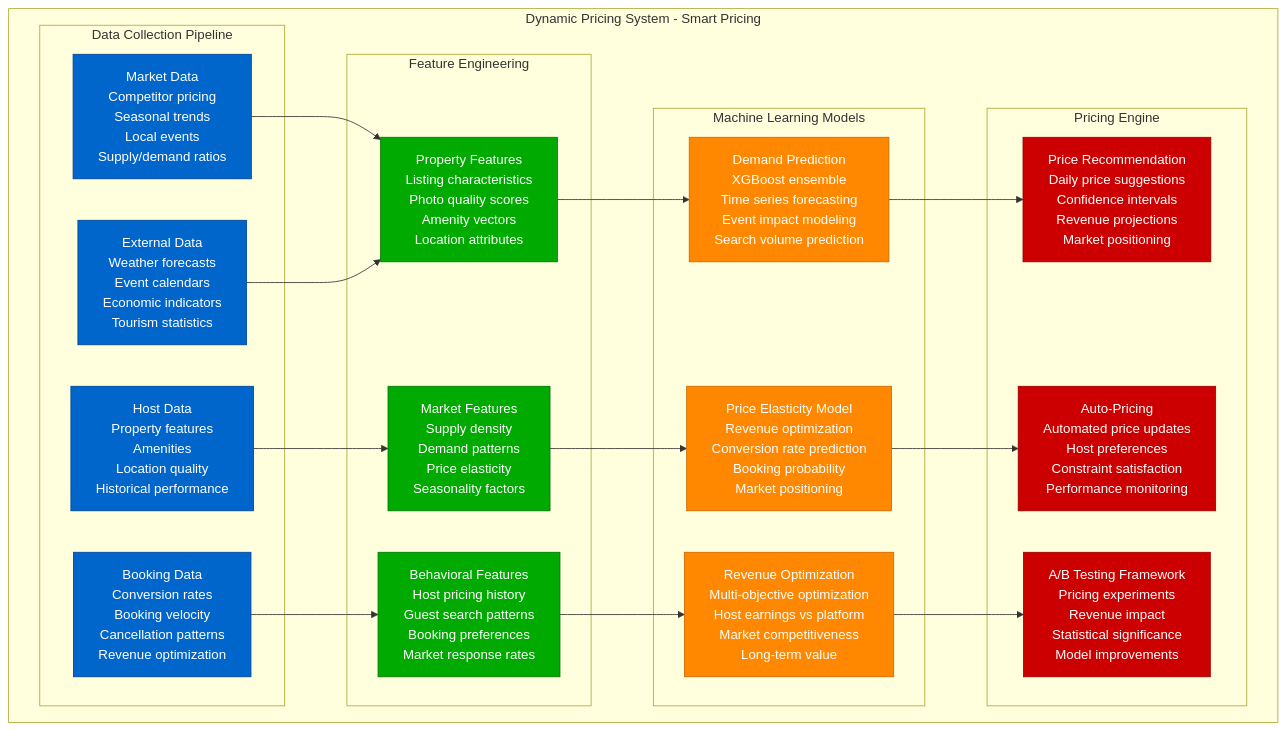
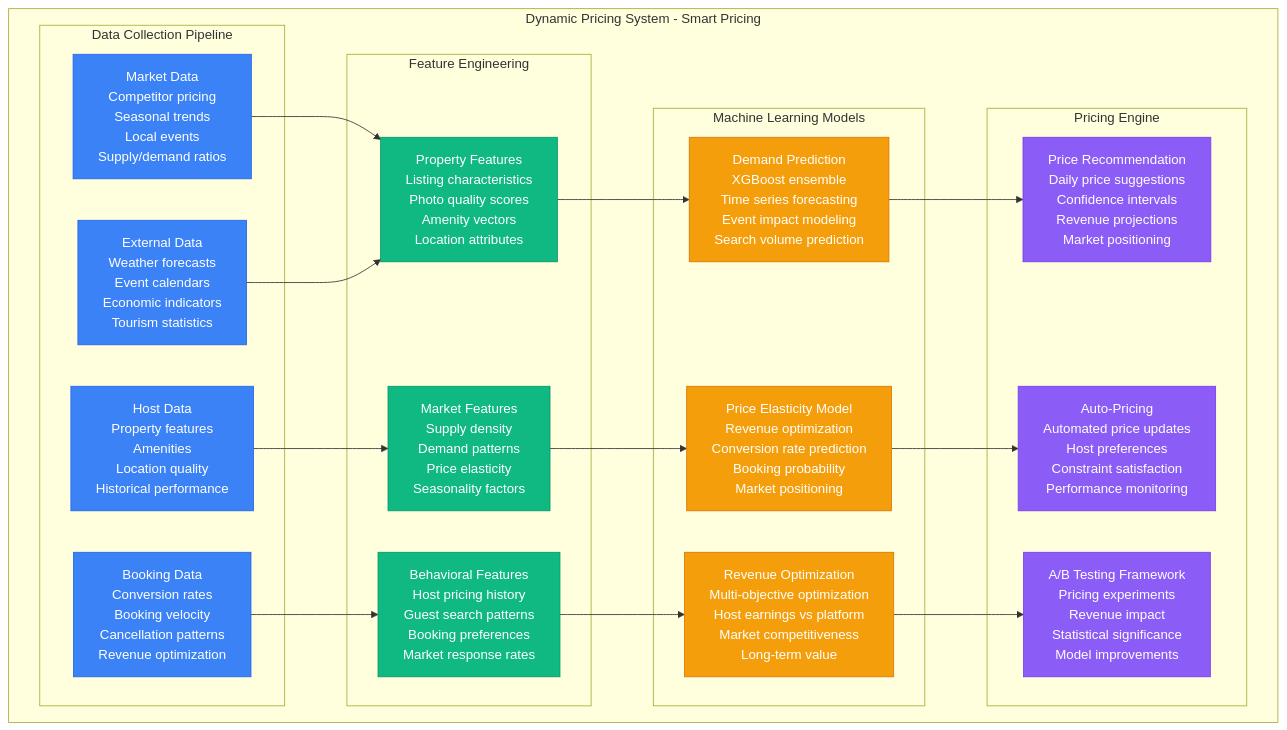
The fourth of 5 diagrams in site/docs/systems/airbnb/novel-solutions.md (deepaucksharma/DS), drawn with Mermaid before and after one commit. The commit also changed other lines of this file and 303 other files, not shown here.

````diff
--- a/site/docs/systems/airbnb/novel-solutions.md
+++ b/site/docs/systems/airbnb/novel-solutions.md
@@ -240,61 +240,61 @@
 ```mermaid
 graph TB
     subgraph DynamicPricingSystem[Dynamic Pricing System - Smart Pricing]
         subgraph DataCollection[Data Collection Pipeline]
             MarketData[Market Data<br/>Competitor pricing<br/>Seasonal trends<br/>Local events<br/>Supply/demand ratios]
 
             HostData[Host Data<br/>Property features<br/>Amenities<br/>Location quality<br/>Historical performance]
 
             BookingData[Booking Data<br/>Conversion rates<br/>Booking velocity<br/>Cancellation patterns<br/>Revenue optimization]
 
             ExternalData[External Data<br/>Weather forecasts<br/>Event calendars<br/>Economic indicators<br/>Tourism statistics]
         end
 
         subgraph FeatureEngineering[Feature Engineering]
             PropertyFeatures[Property Features<br/>Listing characteristics<br/>Photo quality scores<br/>Amenity vectors<br/>Location attributes]
 
             MarketFeatures[Market Features<br/>Supply density<br/>Demand patterns<br/>Price elasticity<br/>Seasonality factors]
 
             BehavioralFeatures[Behavioral Features<br/>Host pricing history<br/>Guest search patterns<br/>Booking preferences<br/>Market response rates]
         end
 
         subgraph MLModels[Machine Learning Models]
             DemandPrediction[Demand Prediction<br/>XGBoost ensemble<br/>Time series forecasting<br/>Event impact modeling<br/>Search volume prediction]
 
             PriceElasticity[Price Elasticity Model<br/>Revenue optimization<br/>Conversion rate prediction<br/>Booking probability<br/>Market positioning]
 
             RevenueOptimization[Revenue Optimization<br/>Multi-objective optimization<br/>Host earnings vs platform<br/>Market competitiveness<br/>Long-term value]
         end
 
         subgraph PricingEngine[Pricing Engine]
             PriceRecommendation[Price Recommendation<br/>Daily price suggestions<br/>Confidence intervals<br/>Revenue projections<br/>Market positioning]
 
             AutoPricing[Auto-Pricing<br/>Automated price updates<br/>Host preferences<br/>Constraint satisfaction<br/>Performance monitoring]
 
             ABTesting[A/B Testing Framework<br/>Pricing experiments<br/>Revenue impact<br/>Statistical significance<br/>Model improvements]
         end
     end
 
     MarketData --> PropertyFeatures
     HostData --> MarketFeatures
     BookingData --> BehavioralFeatures
     ExternalData --> PropertyFeatures
 
     PropertyFeatures --> DemandPrediction
     MarketFeatures --> PriceElasticity
     BehavioralFeatures --> RevenueOptimization
 
     DemandPrediction --> PriceRecommendation
     PriceElasticity --> AutoPricing
     RevenueOptimization --> ABTesting
 
-    classDef dataStyle fill:#0066CC,stroke:#004499,color:#fff
-    classDef featureStyle fill:#00AA00,stroke:#007700,color:#fff
-    classDef mlStyle fill:#FF8800,stroke:#CC6600,color:#fff
-    classDef pricingStyle fill:#CC0000,stroke:#990000,color:#fff
+    classDef dataStyle fill:#3B82F6,stroke:#2563EB,color:#fff
+    classDef featureStyle fill:#10B981,stroke:#059669,color:#fff
+    classDef mlStyle fill:#F59E0B,stroke:#D97706,color:#fff
+    classDef pricingStyle fill:#8B5CF6,stroke:#7C3AED,color:#fff
 
     class MarketData,HostData,BookingData,ExternalData dataStyle
     class PropertyFeatures,MarketFeatures,BehavioralFeatures featureStyle
     class DemandPrediction,PriceElasticity,RevenueOptimization mlStyle
     class PriceRecommendation,AutoPricing,ABTesting pricingStyle
 ```
````
